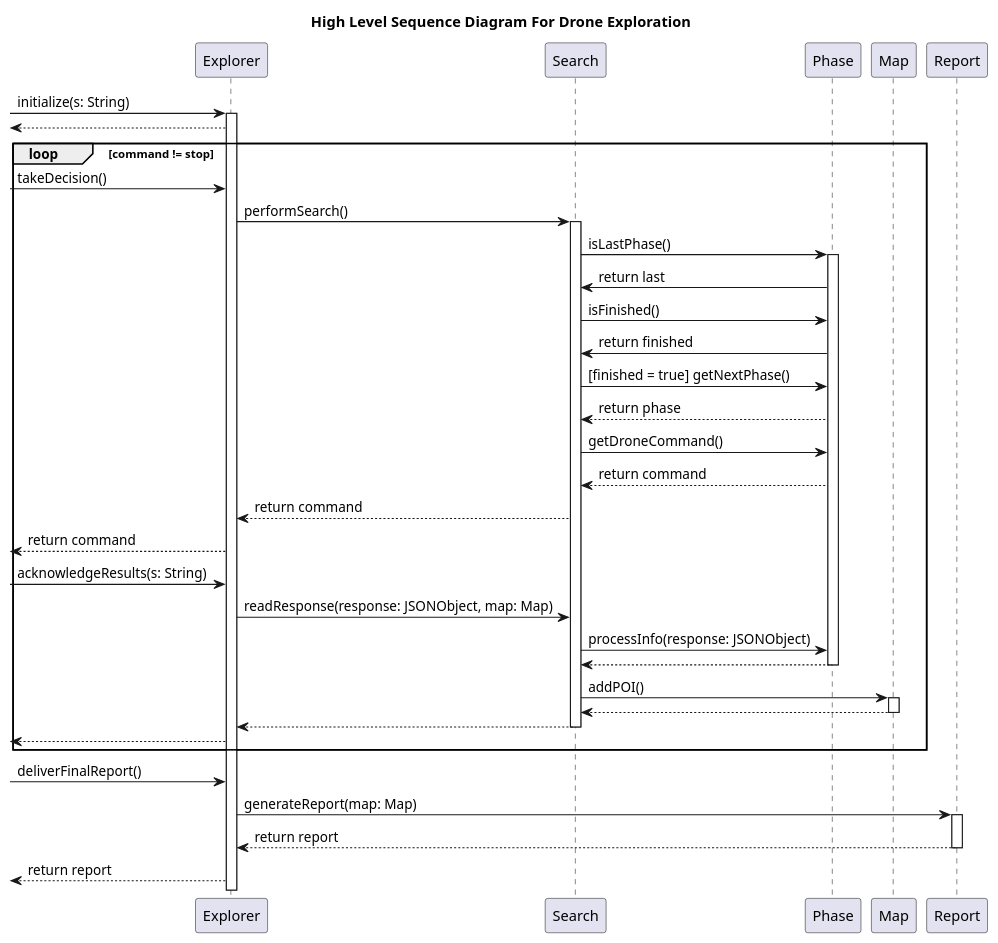
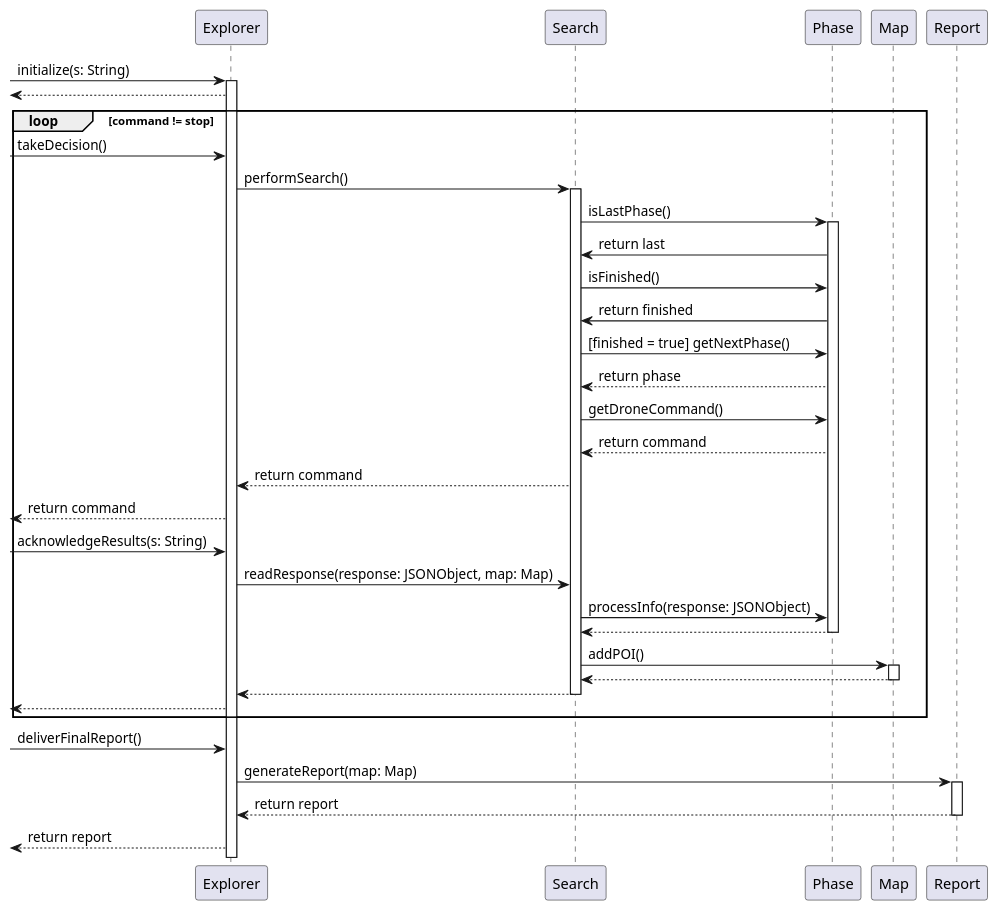
Before and after one commit to BilalM04/rescue-mission: the diagram in UMLDiagrams/HighLevelSequenceDiagram.plantuml, drawn with PlantUML. The commit also changed 1 other file, not shown here.

Commit message:
update UML

```diff
--- a/UMLDiagrams/HighLevelSequenceDiagram.plantuml
+++ b/UMLDiagrams/HighLevelSequenceDiagram.plantuml
@@ -1,56 +1,55 @@
 @startuml Sequence
-    title "High Level Sequence Diagram For Drone Exploration"
 
     participant Explorer
     participant Search
     participant Phase
     participant Map
     participant Report
     
     -> Explorer ++: initialize(s: String)
     <-- Explorer
 
     group loop [command != stop] 
     -> Explorer: takeDecision()
 
     Explorer -> Search ++: performSearch()
 
     Search -> Phase  ++: isLastPhase()
     Search <- Phase: return last
 
     Search -> Phase: isFinished()
     Search <- Phase : return finished
 
     Search -> Phase: [finished = true] getNextPhase()
     Search <-- Phase: return phase
 
     Search -> Phase : getDroneCommand()
     Search <-- Phase : return command
 
     Explorer <-- Search: return command
 
     <-- Explorer: return command
 
     -> Explorer: acknowledgeResults(s: String)
 
     Explorer -> Search: readResponse(response: JSONObject, map: Map)
 
     Search -> Phase: processInfo(response: JSONObject)
     Search <-- Phase --
 
     Search -> Map ++: addPOI()
     Search <-- Map --
 
     Explorer <-- Search --
 
     <-- Explorer
     end
 
     -> Explorer: deliverFinalReport()
 
     Explorer -> Report ++: generateReport(map: Map)
     Explorer <-- Report --: return report
 
     <-- Explorer: return report
 
 @enduml
```
